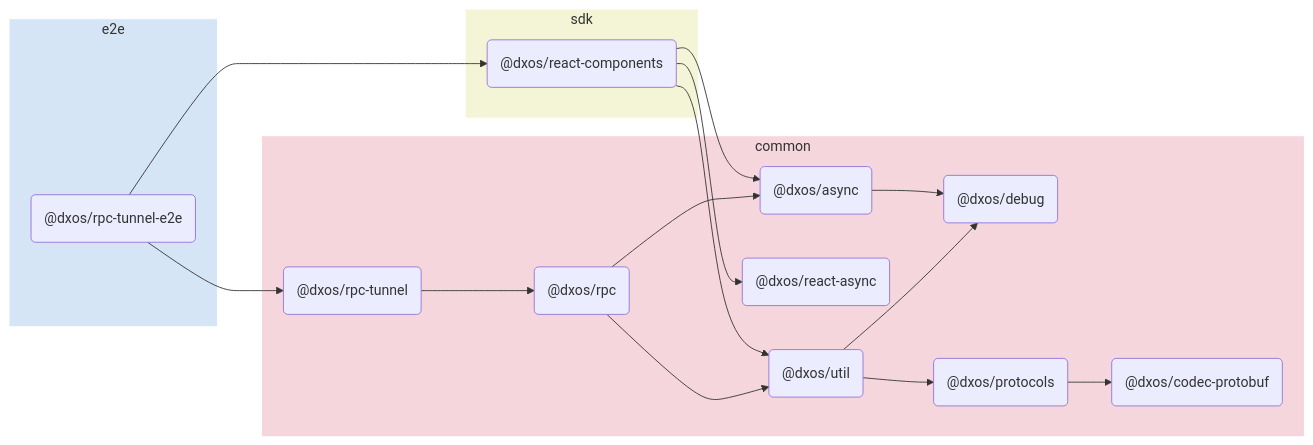
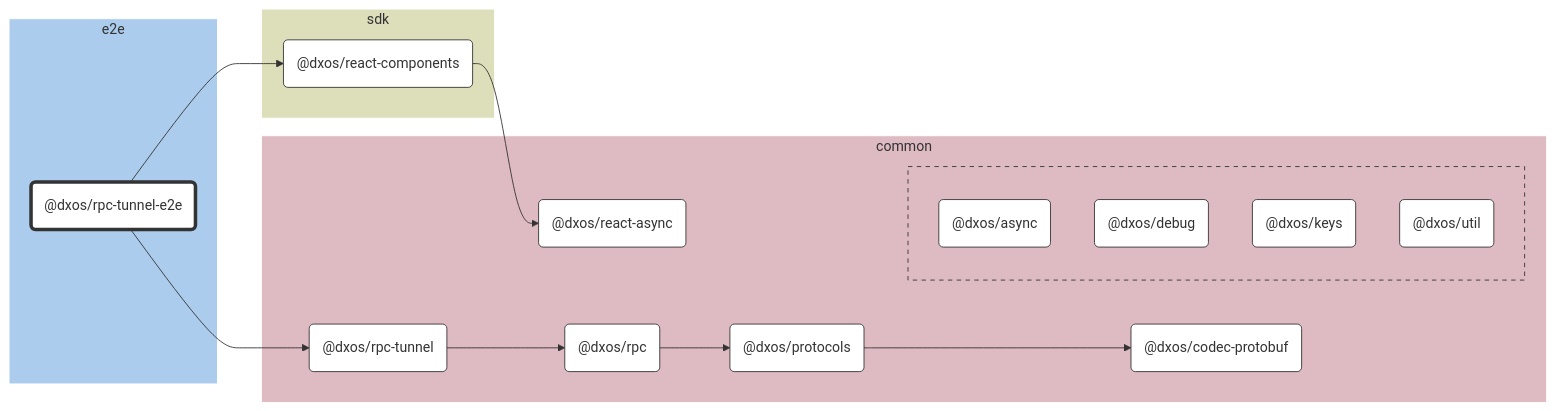
The diagram in e2e/rpc-tunnel/docs/README.md (dxos/dxos), drawn with Mermaid before and after one commit. The commit also changed other lines of this file and 89 other files, not shown here.

````diff
--- a/e2e/rpc-tunnel/docs/README.md
+++ b/e2e/rpc-tunnel/docs/README.md
@@ -5,38 +7,76 @@
 ```mermaid
-flowchart LR;
+%%{ init: {'flowchart':{'curve':'basis'}} }%%
 
+flowchart LR
+
+%% Links
+dxos/protocols --> dxos/codec-protobuf;
+dxos/react-components --> dxos/react-async;
+dxos/rpc --> dxos/protocols;
+dxos/rpc-tunnel --> dxos/rpc;
+dxos/rpc-tunnel-e2e --> dxos/react-components;
+dxos/rpc-tunnel-e2e --> dxos/rpc-tunnel;
+
+%% Sections
 subgraph e2e
-  style e2e fill:#d6e5f5,stroke:#fff;
-  dxos/rpc-tunnel-e2e("@dxos/rpc-tunnel-e2e");
+  style e2e fill:#abcced,stroke:#fff;
+
+  dxos/rpc-tunnel-e2e("@dxos/rpc-tunnel-e2e")
 end
 
 subgraph common
-  style common fill:#f5d6dd,stroke:#fff;
-  dxos/async("@dxos/async");
-  dxos/debug("@dxos/debug");
-  dxos/codec-protobuf("@dxos/codec-protobuf");
-  dxos/protocols("@dxos/protocols");
-  dxos/react-async("@dxos/react-async");
-  dxos/util("@dxos/util");
-  dxos/rpc("@dxos/rpc");
-  dxos/rpc-tunnel("@dxos/rpc-tunnel");
+  style common fill:#debac2,stroke:#fff;
+
+  dxos/codec-protobuf("@dxos/codec-protobuf")
+  dxos/protocols("@dxos/protocols")
+  dxos/react-async("@dxos/react-async")
+  dxos/rpc("@dxos/rpc")
+  dxos/rpc-tunnel("@dxos/rpc-tunnel")
+
+  subgraph common-excluded [ ]
+    style common-excluded fill:#debac2,stroke:#333,stroke-dasharray:5 5;
+
+    dxos/async("@dxos/async")
+    dxos/debug("@dxos/debug")
+    dxos/keys("@dxos/keys")
+    dxos/util("@dxos/util")
+  end
 end
 
 subgraph sdk
-  style sdk fill:#f4f5d6,stroke:#fff;
-  dxos/react-components("@dxos/react-components");
+  style sdk fill:#dddeba,stroke:#fff;
+
+  dxos/react-components("@dxos/react-components")
 end
 
-dxos/async --> dxos/debug;
-dxos/protocols --> dxos/codec-protobuf;
-dxos/rpc-tunnel-e2e --> dxos/react-components;
-dxos/react-components --> dxos/async;
-dxos/react-components --> dxos/react-async;
-dxos/react-components --> dxos/util;
-dxos/util --> dxos/debug;
-dxos/util --> dxos/protocols;
-dxos/rpc --> dxos/async;
-dxos/rpc --> dxos/util;
-dxos/rpc-tunnel-e2e --> dxos/rpc-tunnel;
-dxos/rpc-tunnel --> dxos/rpc;
+
+%% Hyperlinks
+click dxos/async "dxos/dxos/tree/main/packages/common/async/docs";
+click dxos/codec-protobuf "dxos/dxos/tree/main/packages/common/codec-protobuf/docs";
+click dxos/debug "dxos/dxos/tree/main/packages/common/debug/docs";
+click dxos/keys "dxos/dxos/tree/main/packages/common/keys/docs";
+click dxos/protocols "dxos/dxos/tree/main/packages/common/protocols/docs";
+click dxos/react-async "dxos/dxos/tree/main/packages/common/react-async/docs";
+click dxos/react-components "dxos/dxos/tree/main/packages/sdk/react-components/docs";
+click dxos/rpc "dxos/dxos/tree/main/packages/common/rpc/docs";
+click dxos/rpc-tunnel "dxos/dxos/tree/main/packages/common/rpc-tunnel/docs";
+click dxos/util "dxos/dxos/tree/main/packages/common/util/docs";
+
+%% Styles
+classDef rootNode fill:#fff,stroke:#333,stroke-width:4px
+classDef defaultNode fill:#fff,stroke:#333,stroke-width:1px
+linkStyle default stroke:#333,stroke-width:1px
+
+dxos/rpc-tunnel-e2e:::rootNode
+
+dxos/async:::defaultNode
+dxos/codec-protobuf:::defaultNode
+dxos/debug:::defaultNode
+dxos/keys:::defaultNode
+dxos/protocols:::defaultNode
+dxos/react-async:::defaultNode
+dxos/react-components:::defaultNode
+dxos/rpc:::defaultNode
+dxos/rpc-tunnel:::defaultNode
+dxos/util:::defaultNode
 ```
````
